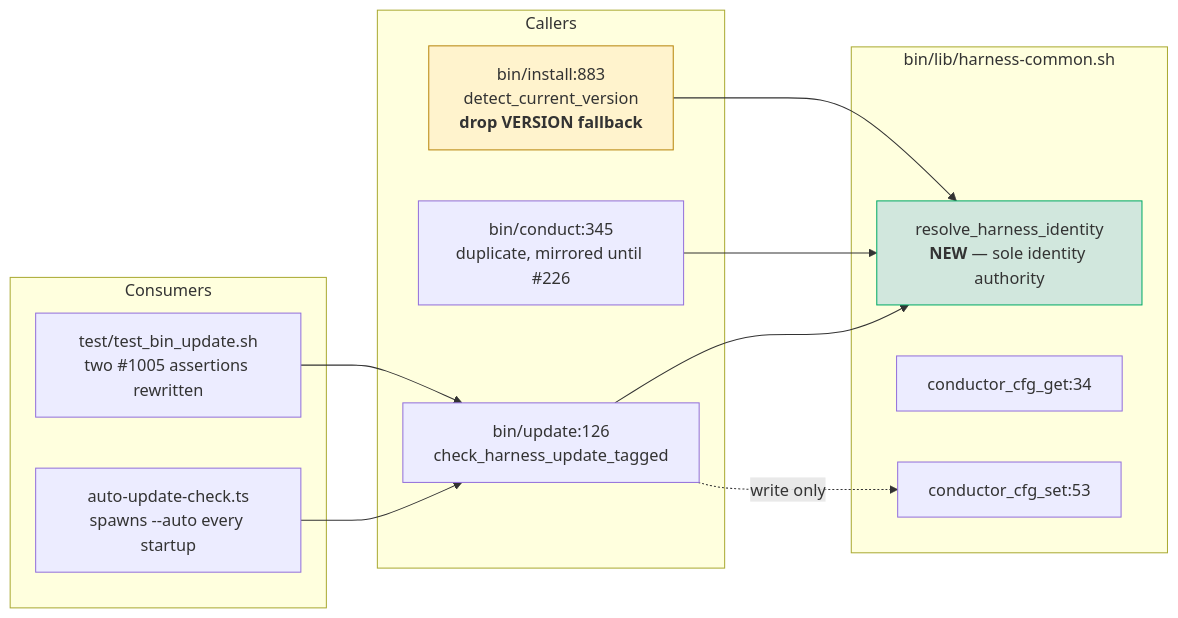
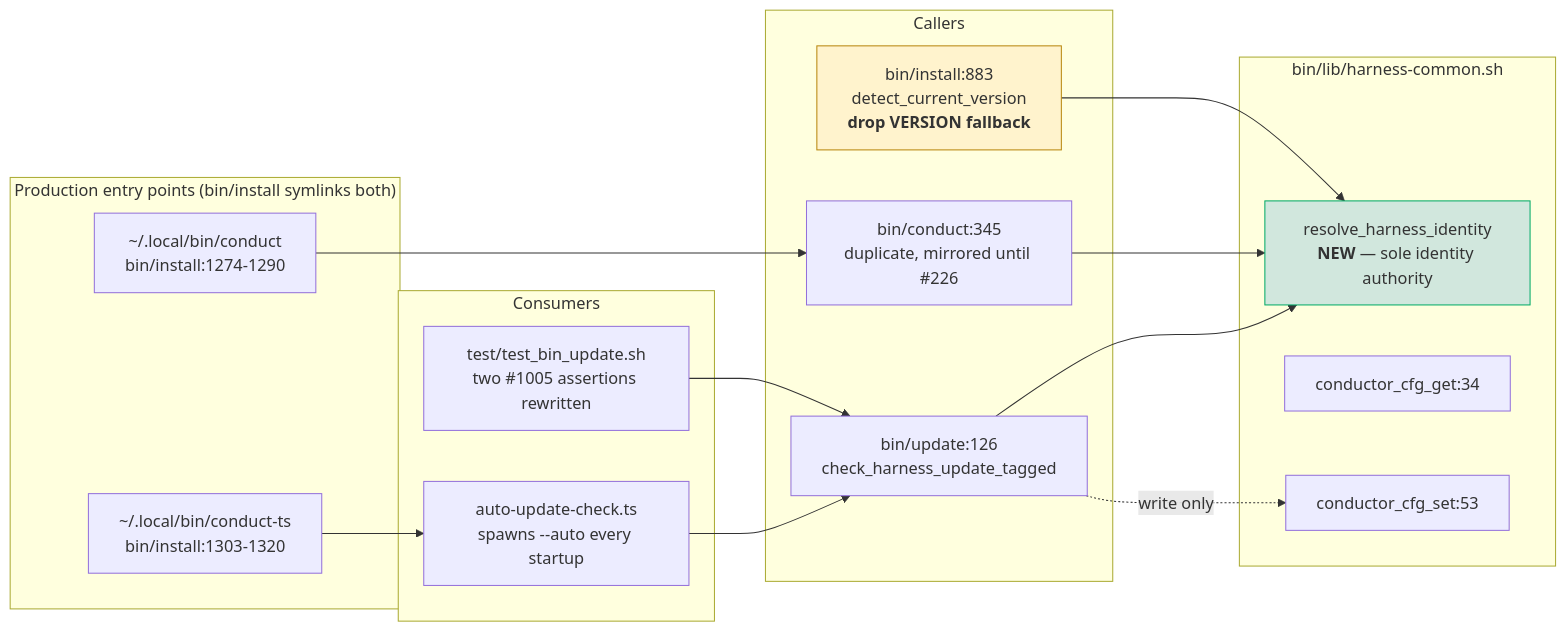
One commit to jstoup111/ai-conductor changed the fourth of 4 diagrams in .docs/architecture/off-tag-checkout-reports-up-to-date-forever-tagged.md. Above: the diagram before and after it, drawn with Mermaid. The commit also changed other lines of this file and 1 other file, not shown here.

````diff
--- a/.docs/architecture/off-tag-checkout-reports-up-to-date-forever-tagged.md
+++ b/.docs/architecture/off-tag-checkout-reports-up-to-date-forever-tagged.md
@@ -175,29 +232,36 @@
 ```mermaid
 flowchart LR
     subgraph Shared["bin/lib/harness-common.sh"]
         Resolve["resolve_harness_identity<br/><b>NEW</b> — sole identity authority"]
         CfgGet["conductor_cfg_get:34"]
         CfgSet["conductor_cfg_set:53"]
     end
 
     subgraph Callers
         Update["bin/update:126<br/>check_harness_update_tagged"]
         Conduct["bin/conduct:345<br/>duplicate, mirrored until #226"]
         Install["bin/install:883<br/>detect_current_version<br/><b>drop VERSION fallback</b>"]
     end
 
     subgraph Consumers
         Auto["auto-update-check.ts<br/>spawns --auto every startup"]
         Tests["test/test_bin_update.sh<br/>two #1005 assertions rewritten"]
     end
 
+    subgraph Roots["Production entry points (bin/install symlinks both)"]
+        CondBin["~/.local/bin/conduct<br/>bin/install:1274-1290"]
+        CondTs["~/.local/bin/conduct-ts<br/>bin/install:1303-1320"]
+    end
+
     Update --> Resolve
     Conduct --> Resolve
     Install --> Resolve
     Update -.->|write only| CfgSet
     Auto --> Update
     Tests --> Update
+    CondBin --> Conduct
+    CondTs --> Auto
 
     style Resolve fill:#d1e7dd,stroke:#0a6
     style Install fill:#fff3cd,stroke:#b8860b
 ```
````
